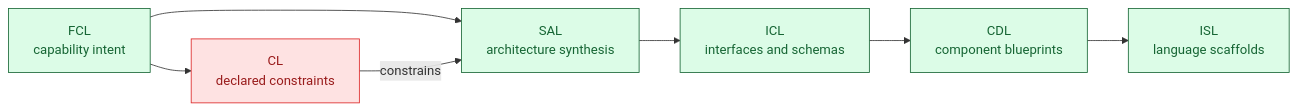
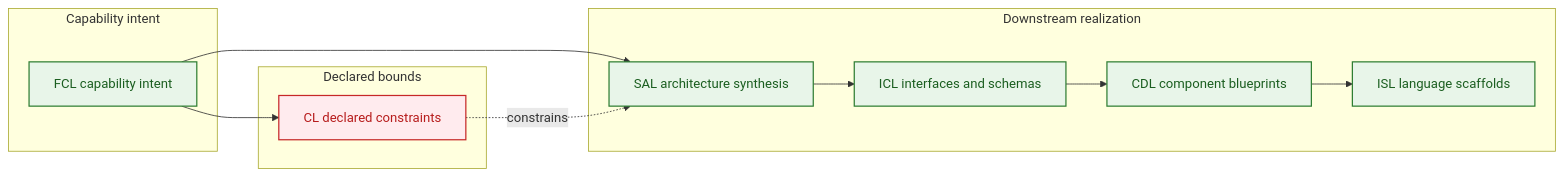
Diagram 11 of 28 in .agent/assets/proposals/active/v6.3/ddr_ref_manual_v6.3.md (formosa/Antigravity), drawn with Mermaid before and after one commit. The commit also changed other lines of this file and 76 other files, not shown here.

Commit message:
feat: formalize DDR system v6.2 and v6.3 proposals with issue resolution reports and updated schema definitions.

````diff
--- a/.agent/assets/proposals/active/v6.3/ddr_ref_manual_v6.3.md
+++ b/.agent/assets/proposals/active/v6.3/ddr_ref_manual_v6.3.md
@@ -654,19 +738,27 @@
 ```mermaid
 flowchart LR
-    FCL["FCL<br/>capability intent"]
-    CL["CL<br/>declared constraints"]
-    SAL["SAL<br/>architecture synthesis"]
-    ICL["ICL<br/>interfaces and schemas"]
-    CDL["CDL<br/>component blueprints"]
-    ISL["ISL<br/>language scaffolds"]
+    accTitle: Constraint injection path from CL into downstream design
+    accDescr: Shows CL as a declared constraint surface that bounds SAL and therefore all downstream contracts, design, and scaffolding.
+    subgraph INTENT["Capability intent"]
+        FCL["FCL capability intent"]
+    end
+    subgraph CONSTRAINTS["Declared bounds"]
+        CL["CL declared constraints"]
+    end
+    subgraph DESIGN["Downstream realization"]
+        SAL["SAL architecture synthesis"]
+        ICL["ICL interfaces and schemas"]
+        CDL["CDL component blueprints"]
+        ISL["ISL language scaffolds"]
+    end
 
     FCL --> SAL
     FCL --> CL
-    CL -->|constrains| SAL
+    CL -.->|constrains| SAL
     SAL --> ICL --> CDL --> ISL
 
-    classDef normative fill:#dcfce7,stroke:#166534,color:#166534;
-    classDef alert fill:#fee2e2,stroke:#dc2626,color:#991b1b;
+    classDef normative fill:#e8f5e9,stroke:#2e7d32,color:#1b5e20,stroke-width:1.5px;
+    classDef alert fill:#ffebee,stroke:#c62828,color:#b71c1c,stroke-width:1.5px;
     class FCL,SAL,ICL,CDL,ISL normative;
     class CL alert;
 ```
````
